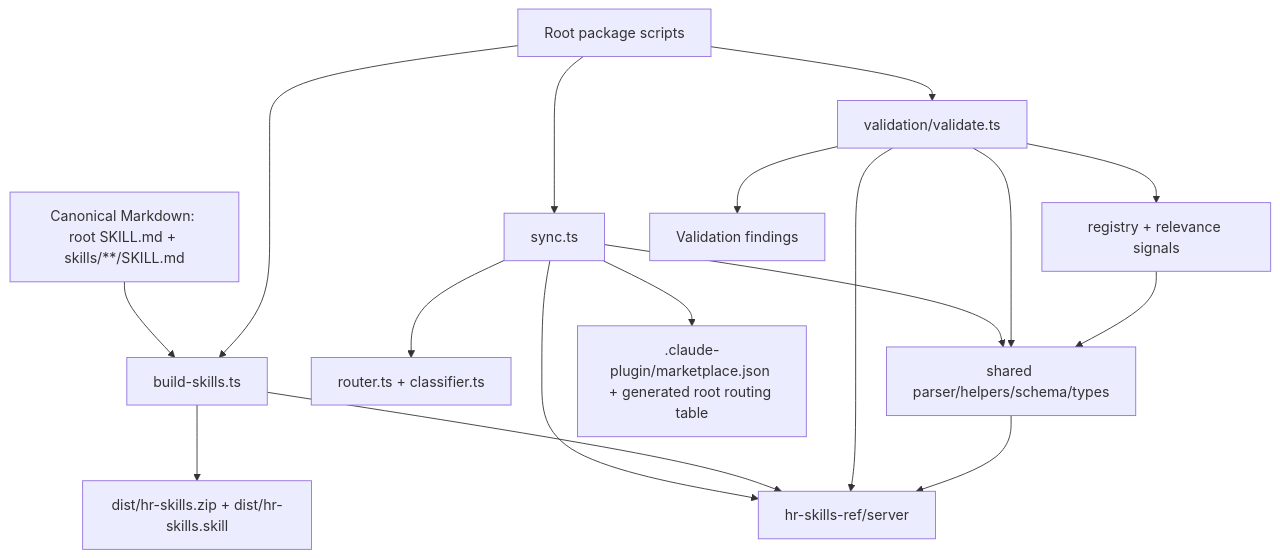
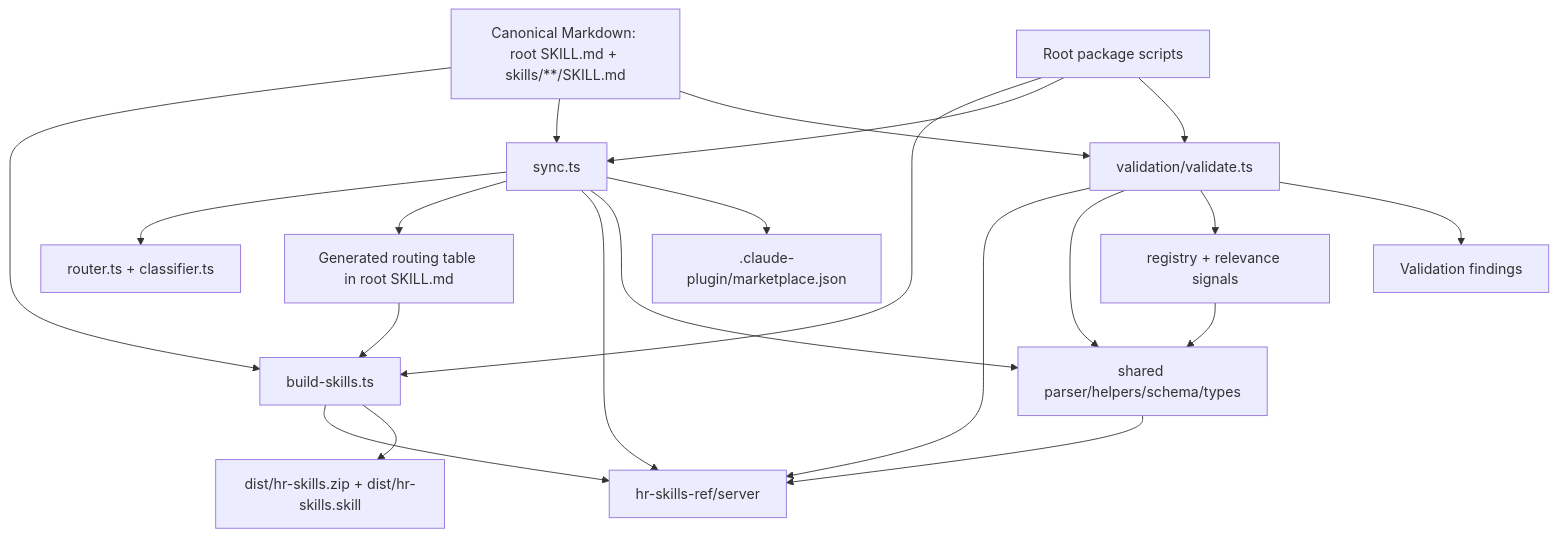
Before and after one commit to tuanductran/hr-skills: the second of 2 diagrams in docs/engineering/skill-build-consumer-graph.md, drawn with Mermaid. The commit also changed other lines of this file, not shown here.

Commit message:
docs(build): complete consumer graph relationships

````diff
--- a/docs/engineering/skill-build-consumer-graph.md
+++ b/docs/engineering/skill-build-consumer-graph.md
@@ -110,32 +111,37 @@
 ```mermaid
 flowchart TD
   md["Canonical Markdown: root SKILL.md + skills/**/SKILL.md"]
   rootScripts["Root package scripts"]
   archive["build-skills.ts"]
   sync["sync.ts"]
   router["router.ts + classifier.ts"]
   validate["validation/validate.ts"]
   ref["hr-skills-ref/server"]
   helpers["shared parser/helpers/schema/types"]
   registry["registry + relevance signals"]
   output["dist/hr-skills.zip + dist/hr-skills.skill"]
-  derived[".claude-plugin/marketplace.json + generated root routing table"]
+  derived[".claude-plugin/marketplace.json"]
+  rootRouter["Generated routing table in root SKILL.md"]
   quality["Validation findings"]
 
   md --> archive
+  md --> sync
+  md --> validate
   rootScripts --> archive
   rootScripts --> sync
   rootScripts --> validate
   sync --> router
+  sync --> rootRouter
+  rootRouter --> archive
   sync --> ref
   sync --> helpers
   archive --> ref
   validate --> ref
   validate --> helpers
   validate --> registry
   helpers --> ref
   registry --> helpers
   archive --> output
   sync --> derived
   validate --> quality
 ```
````
